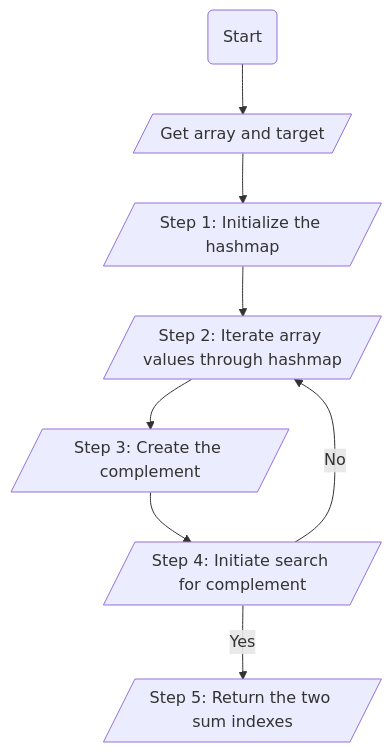
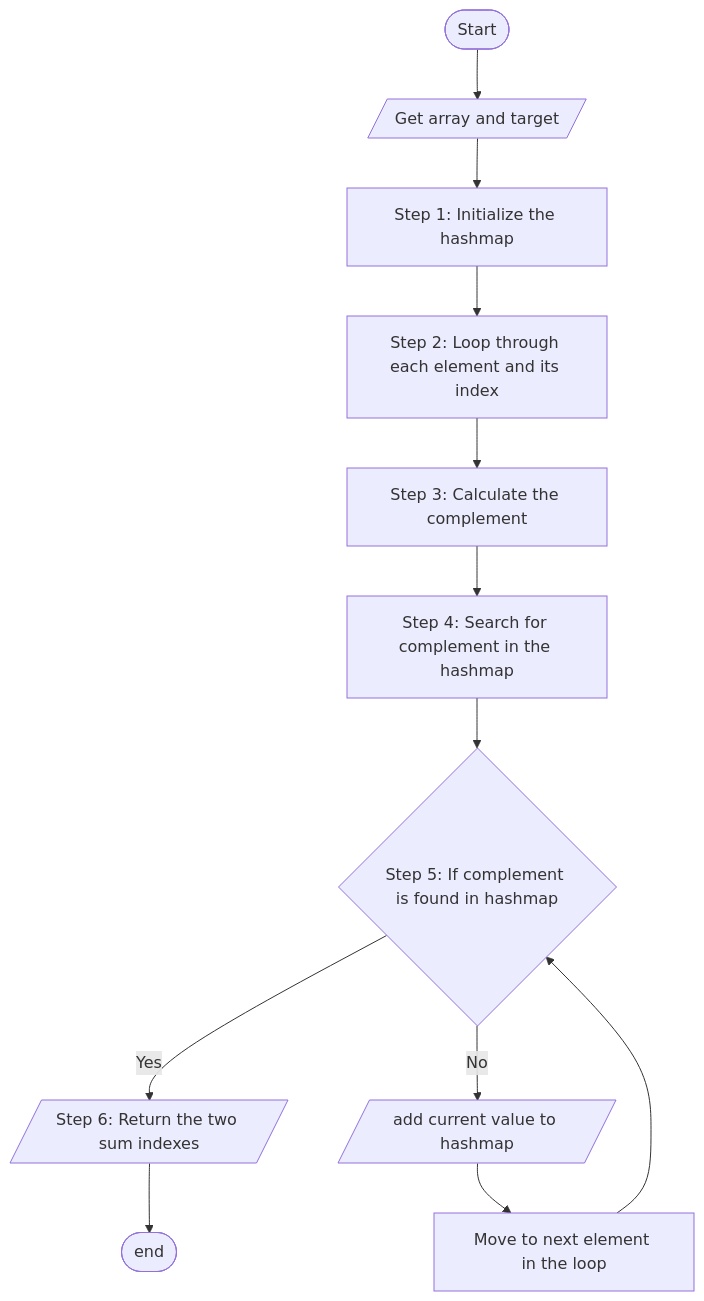
One commit to gillesjudo/leetcode changed the second of 2 diagrams in twosum/twosum.md. Above: the diagram before and after it, drawn with Mermaid. The commit also changed other lines of this file, not shown here.

Commit message:
flowcharts completed

````diff
--- a/twosum/twosum.md
+++ b/twosum/twosum.md
@@ -178,11 +178,15 @@
 ```mermaid
 flowchart TD
 
-A(Start) --> B[/Get array and target/]
-B --> C[/Step 1: Initialize the hashmap /]
-C --> D[/Step 2: Iterate array values through hashmap/]
-D --> E[/Step 3: Create the complement/]
-E --> F[/Step 4: Initiate search for complement/]
-F -- Yes --> G[/Step 5: Return the two sum indexes/]
-F -- No --> D;
+A([Start]) --> B[/Get array and target/]
+B --> C[Step 1: Initialize the hashmap]
+C --> D[Step 2: Loop through each element and its index]
+D --> E[Step 3: Calculate the complement]
+E --> F[Step 4: Search for complement in the hashmap]
+F --> G{Step 5: If complement is found in hashmap}
+G -- Yes --> H[/Step 6: Return the two sum indexes/]
+G -- No --> I[/add current value to hashmap /];
+I--> k[Move to next element in the loop]
+H --> J([end])
+k --> G
 ```
````
